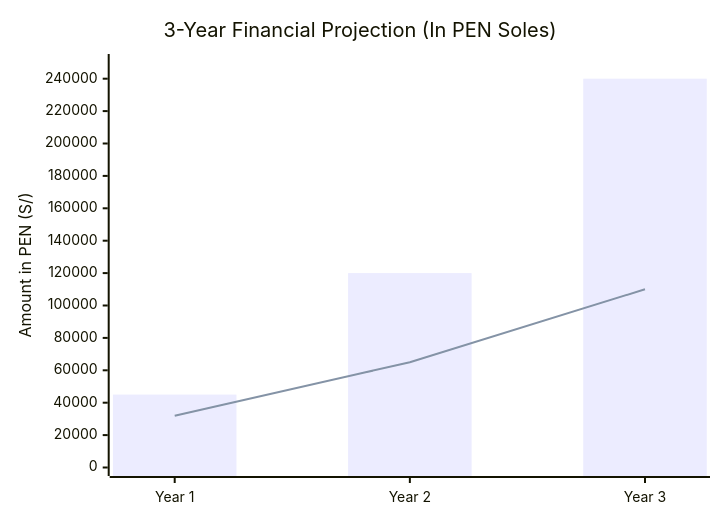
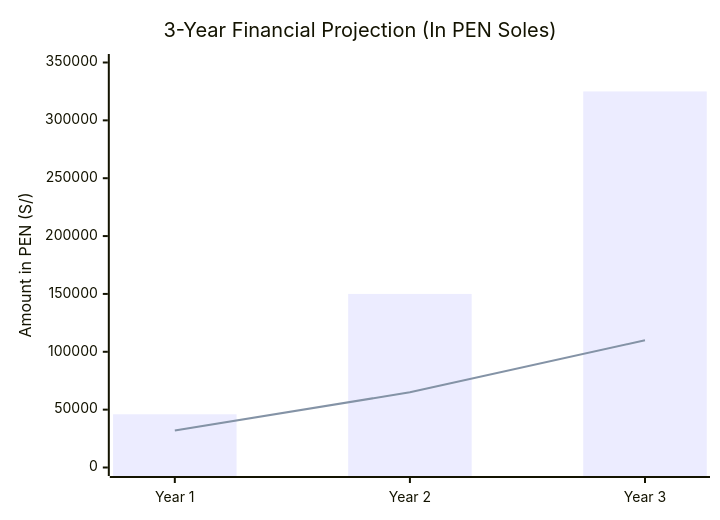
Before and after one commit to jojiz29/sportmatch-connect: the fourth of 8 diagrams in TESIS_FINAL_SPORTMATCH_EN.md, drawn with Mermaid. The commit also changed other lines of this file and 11 other files, not shown here.

````diff
--- a/TESIS_FINAL_SPORTMATCH_EN.md
+++ b/TESIS_FINAL_SPORTMATCH_EN.md
@@ -265,8 +305,8 @@
 ```mermaid
 xychart-beta
     title "3-Year Financial Projection (In PEN Soles)"
     x-axis ["Year 1", "Year 2", "Year 3"]
-    y-axis "Amount in PEN (S/)" 0 --> 250000
-    bar [45000, 120000, 240000]
+    y-axis "Amount in PEN (S/)" 0 --> 350000
+    bar [46000, 150000, 325000]
     line [32000, 65000, 110000]
 ```
````
